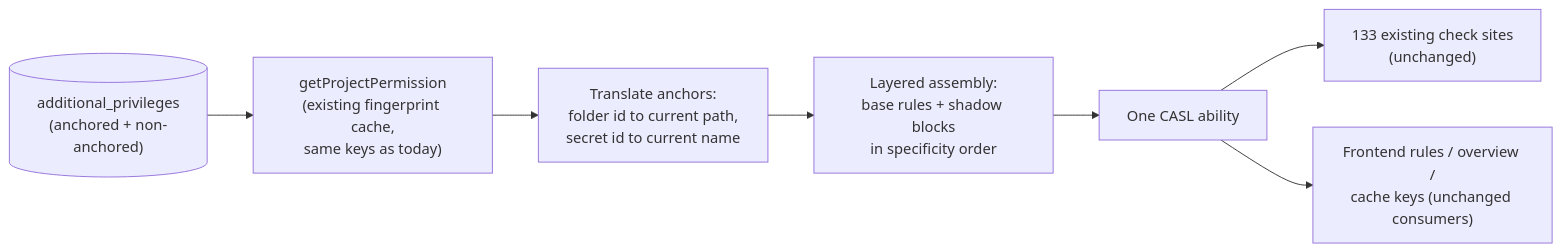
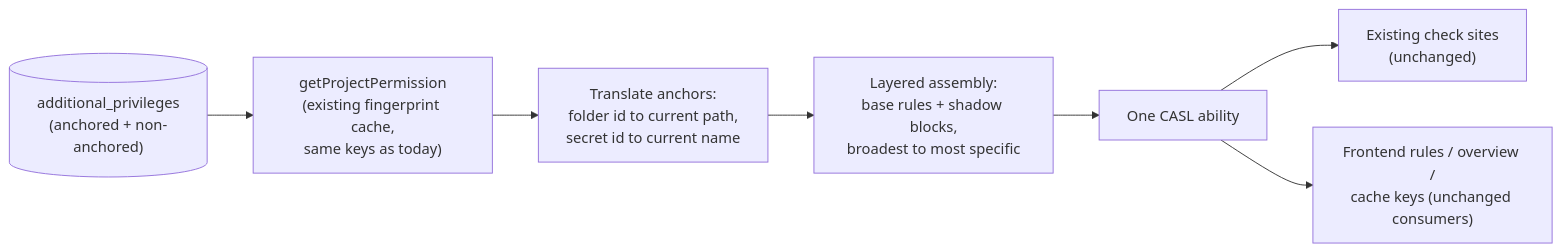
One commit to Infisical/infisical changed the second of 2 diagrams in access-revamp-design-doc.md. Above: the diagram before and after it, drawn with Mermaid. The commit also changed other lines of this file, not shown here.

````diff
--- a/access-revamp-design-doc.md
+++ b/access-revamp-design-doc.md
@@ -147,9 +171,9 @@
 ```mermaid
 flowchart LR
   DB[("additional_privileges<br/>(anchored + non-anchored)")] --> F["getProjectPermission<br/>(existing fingerprint cache,<br/>same keys as today)"]
   F --> T["Translate anchors:<br/>folder id to current path,<br/>secret id to current name"]
-  T --> A["Layered assembly:<br/>base rules + shadow blocks<br/>in specificity order"]
+  T --> A["Layered assembly:<br/>base rules + shadow blocks,<br/>broadest to most specific"]
   A --> P["One CASL ability"]
-  P --> S1["133 existing check sites<br/>(unchanged)"]
+  P --> S1["Existing check sites<br/>(unchanged)"]
   P --> S2["Frontend rules / overview /<br/>cache keys (unchanged consumers)"]
 ```
````
